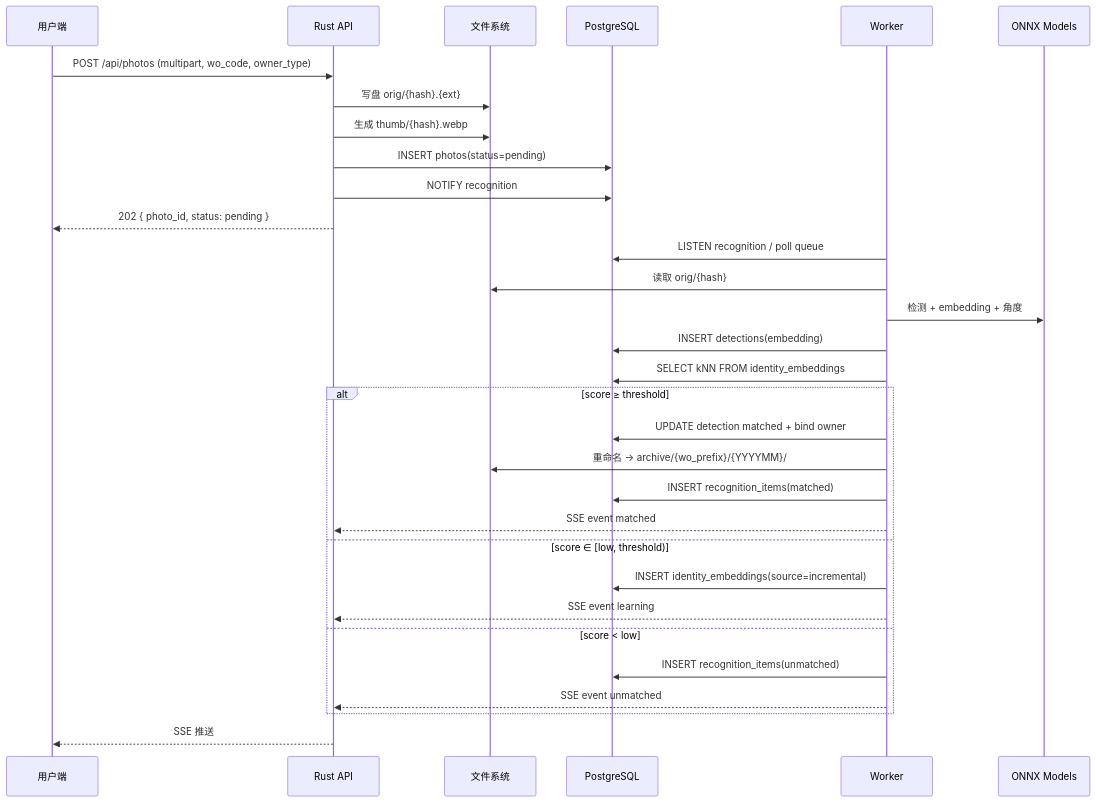
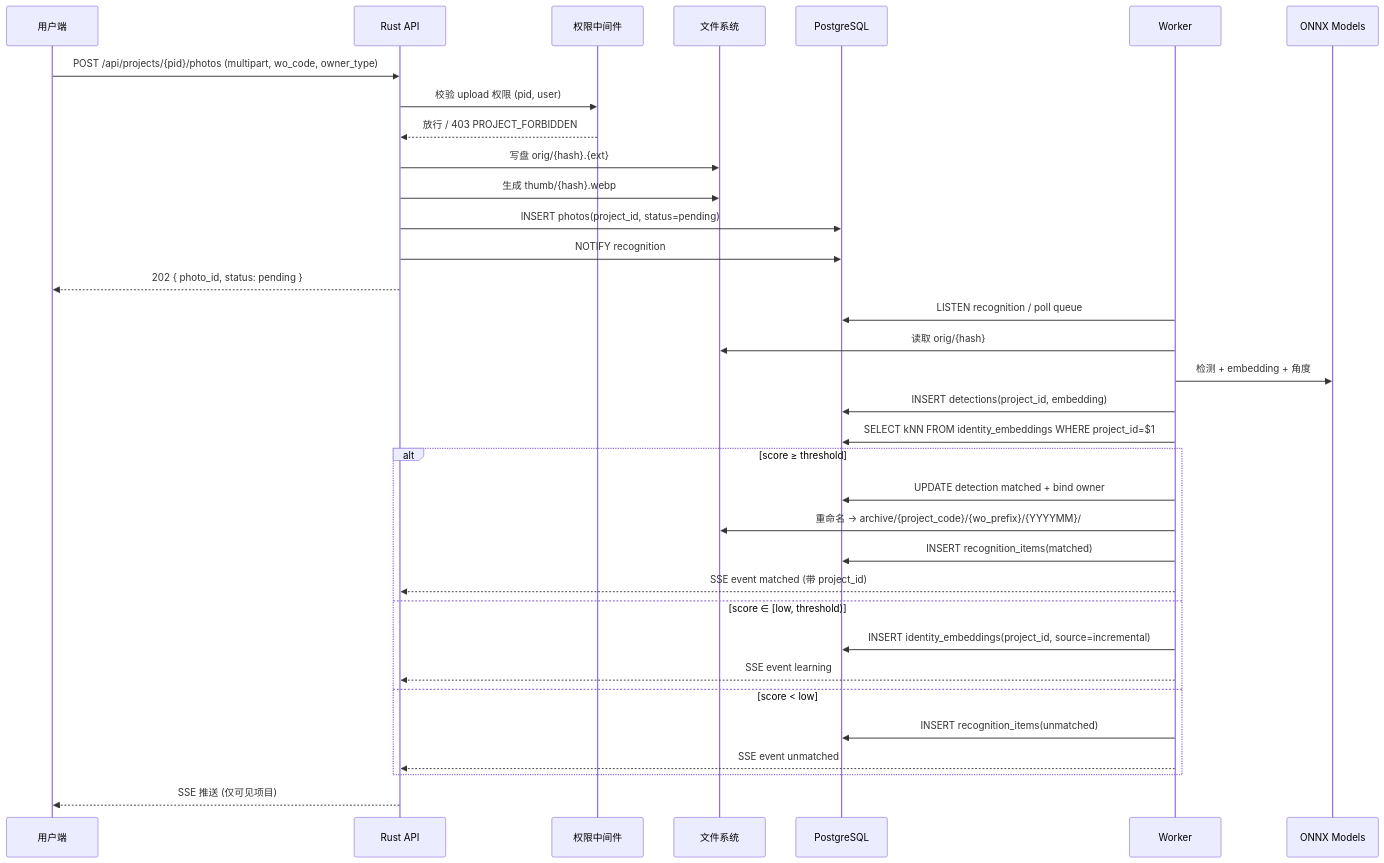
Before and after one commit to KingzZovo/F1-PHOTO: the second of 4 diagrams in docs/architecture.md, drawn with Mermaid. The commit also changed other lines of this file and 6 other files, not shown here.

First line of the commit message:
feat(docs): projects layer + per-project RBAC

````diff
--- a/docs/architecture.md
+++ b/docs/architecture.md
@@ -72,35 +76,38 @@
 ```mermaid
 sequenceDiagram
     participant U as 用户端
     participant API as Rust API
+    participant Perm as 权限中间件
     participant FS as 文件系统
     participant DB as PostgreSQL
     participant W as Worker
     participant ML as ONNX Models
 
-    U->>API: POST /api/photos (multipart, wo_code, owner_type)
+    U->>API: POST /api/projects/{pid}/photos (multipart, wo_code, owner_type)
+    API->>Perm: 校验 upload 权限 (pid, user)
+    Perm-->>API: 放行 / 403 PROJECT_FORBIDDEN
     API->>FS: 写盘 orig/{hash}.{ext}
     API->>FS: 生成 thumb/{hash}.webp
-    API->>DB: INSERT photos(status=pending)
+    API->>DB: INSERT photos(project_id, status=pending)
     API->>DB: NOTIFY recognition
     API-->>U: 202 { photo_id, status: pending }
 
     W->>DB: LISTEN recognition / poll queue
     W->>FS: 读取 orig/{hash}
     W->>ML: 检测 + embedding + 角度
-    W->>DB: INSERT detections(embedding)
-    W->>DB: SELECT kNN FROM identity_embeddings
+    W->>DB: INSERT detections(project_id, embedding)
+    W->>DB: SELECT kNN FROM identity_embeddings WHERE project_id=$1
     alt score ≥ threshold
         W->>DB: UPDATE detection matched + bind owner
-        W->>FS: 重命名 → archive/{wo_prefix}/{YYYYMM}/
+        W->>FS: 重命名 → archive/{project_code}/{wo_prefix}/{YYYYMM}/
         W->>DB: INSERT recognition_items(matched)
-        W-->>API: SSE event matched
+        W-->>API: SSE event matched (带 project_id)
     else score ∈ [low, threshold)
-        W->>DB: INSERT identity_embeddings(source=incremental)
+        W->>DB: INSERT identity_embeddings(project_id, source=incremental)
         W-->>API: SSE event learning
     else score < low
         W->>DB: INSERT recognition_items(unmatched)
         W-->>API: SSE event unmatched
     end
-    API-->>U: SSE 推送
+    API-->>U: SSE 推送 (仅可见项目)
 ```
````
